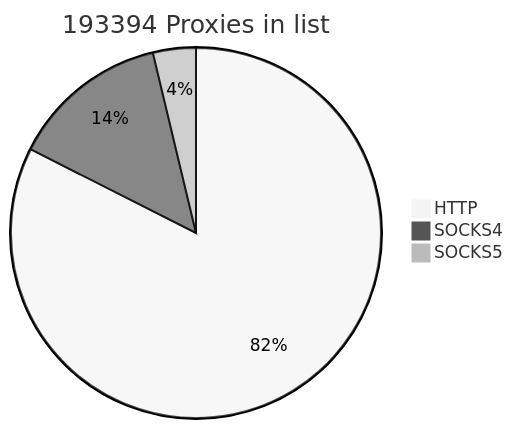
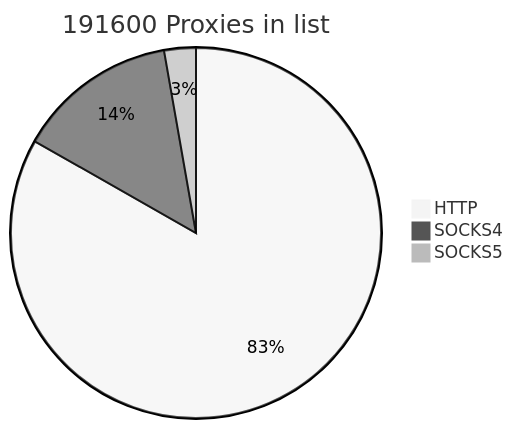
Before and after one commit to cutipu/proxylist: the first of 2 diagrams in README.md, drawn with Mermaid (neutral theme). The commit also changed other lines of this file, not shown here.

````diff
--- a/README.md
+++ b/README.md
@@ -2,7 +2,7 @@
 ```mermaid
-pie title 193394 Proxies in list
+pie title 191600 Proxies in list
     "HTTP" : 159474
-    "SOCKS4" : 26684
-    "SOCKS5" : 7236
+    "SOCKS4" : 26829
+    "SOCKS5" : 5297
             
 ```
````
